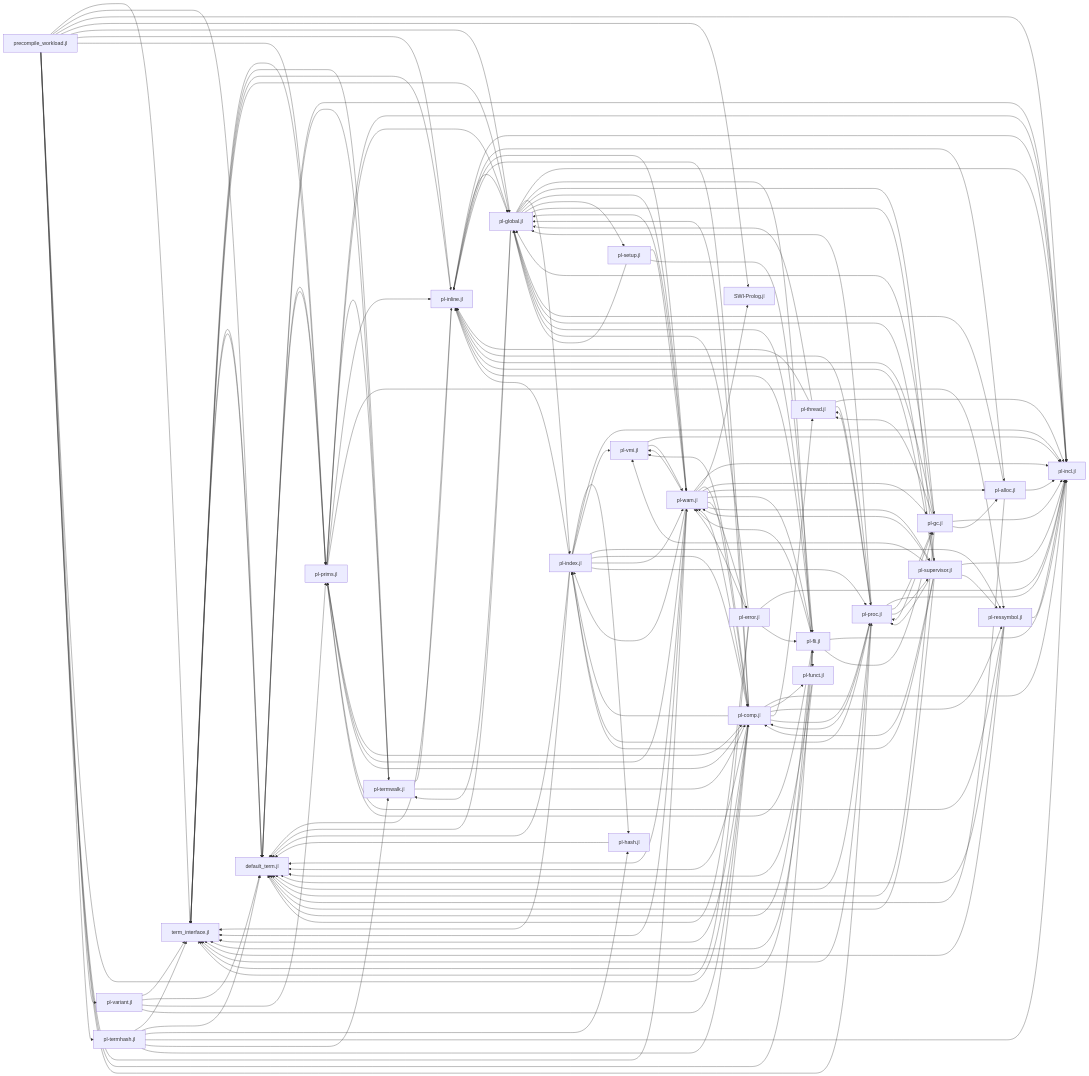
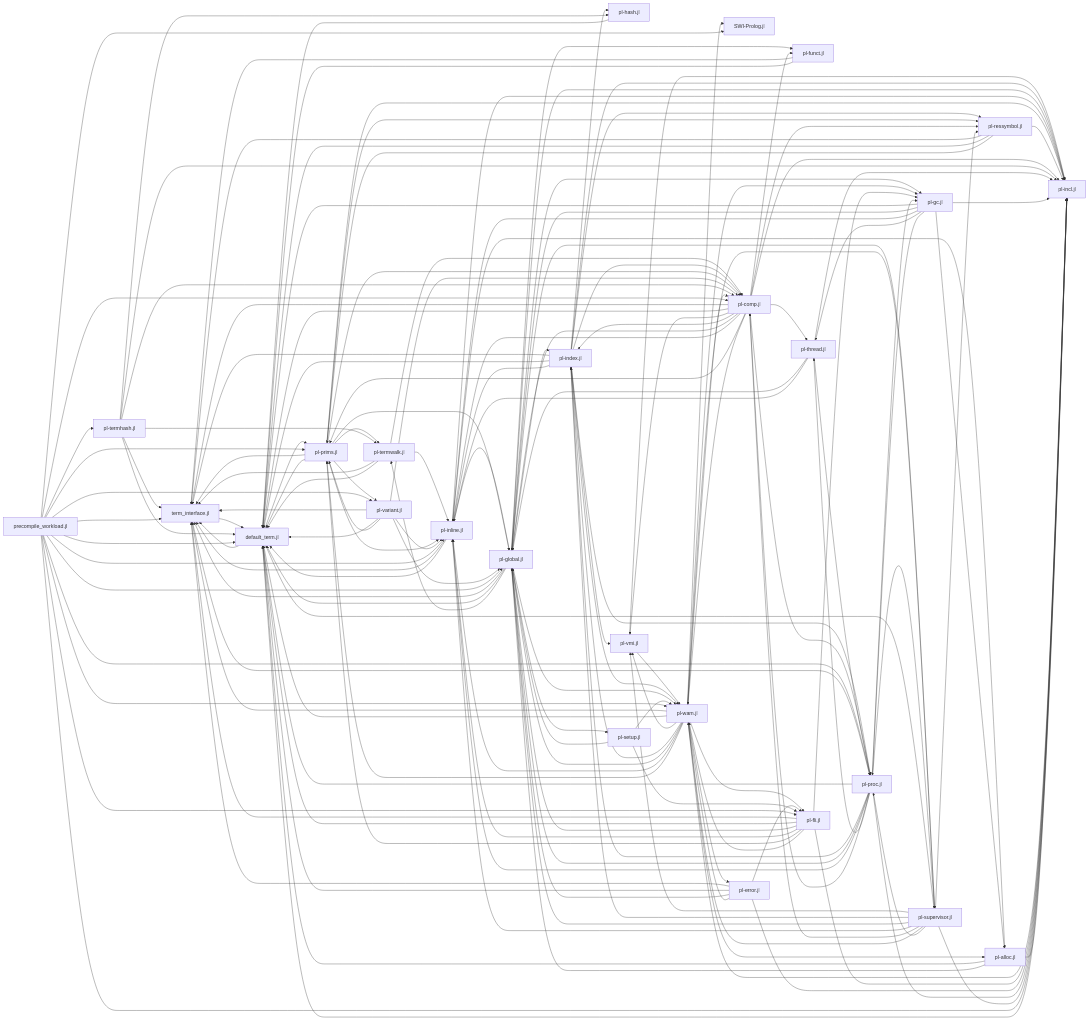
The first of 2 diagrams in docs/architecture.md (CognitiveSubstratesAI/LogicKernel), drawn with Mermaid before and after one commit. The commit also changed other lines of this file and 7 other files, not shown here.

```diff
--- a/docs/architecture.md
+++ b/docs/architecture.md
@@ -352,6 +352,7 @@
     pl_prims --> pl_inline
     pl_prims --> pl_ressymbol
     pl_prims --> pl_comp
+    pl_prims --> pl_variant
     pl_ressymbol --> term_interface
     pl_ressymbol --> default_term
     pl_ressymbol --> pl_incl
@@ -371,6 +372,8 @@
     pl_comp --> pl_proc
     pl_variant --> term_interface
     pl_variant --> default_term
+    pl_variant --> pl_global
+    pl_variant --> pl_inline
     pl_variant --> pl_prims
     pl_variant --> pl_comp
     pl_termhash --> term_interface
```
